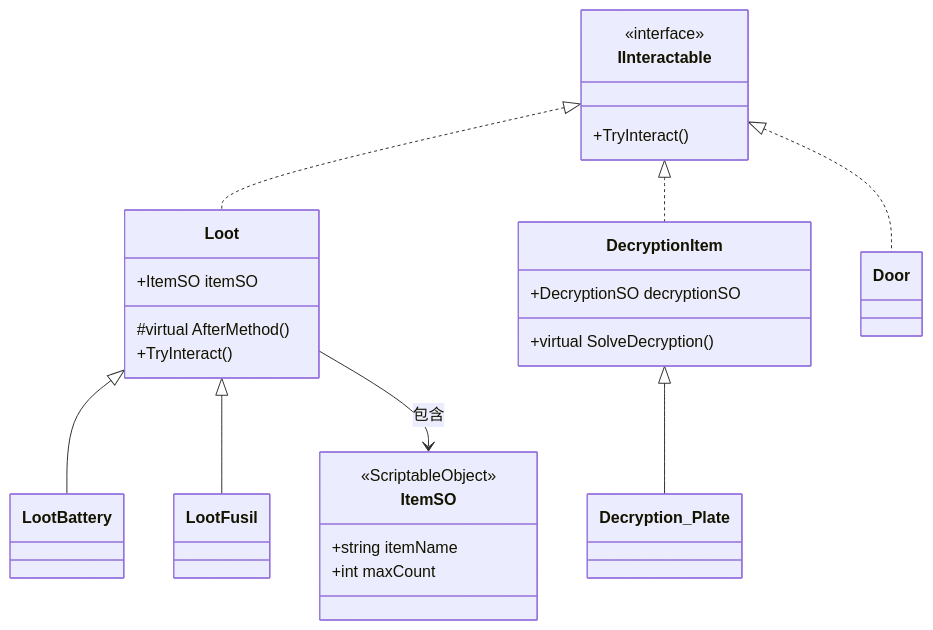
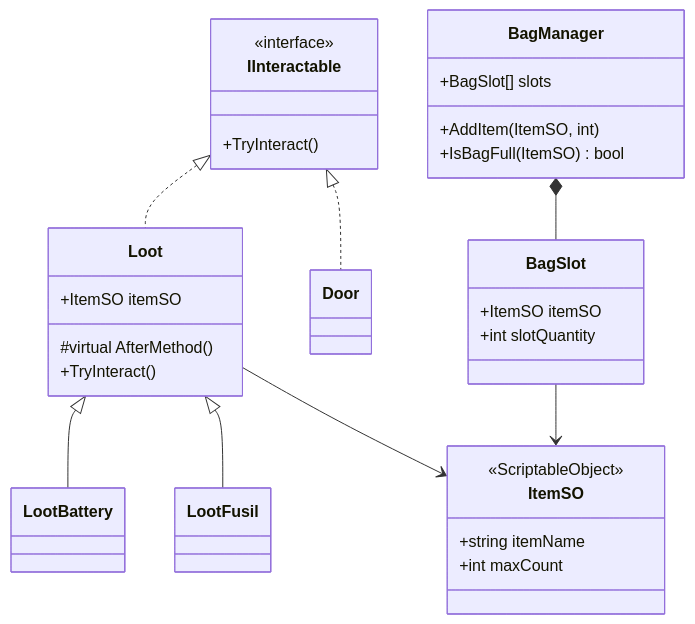
The fifth of 8 diagrams in Doc/Technology.md (banaijianxincai888/Project-Victim-Unity-HorrorGameCore), drawn with Mermaid before and after one commit. The commit also changed other lines of this file, not shown here.

````diff
--- a/Doc/Technology.md
+++ b/Doc/Technology.md
@@ -155,34 +167,36 @@
 ```mermaid
 classDiagram
     class IInteractable {
         <<interface>>
         +TryInteract()
     }
-
     class Loot {
         +ItemSO itemSO
         #virtual AfterMethod()
         +TryInteract()
     }
+    IInteractable <|.. Loot
+    IInteractable <|.. Door
     
-    class DecryptionItem {
-        +DecryptionSO decryptionSO
-        +virtual SolveDecryption()
-    }
-
-    IInteractable <|.. Loot
-    IInteractable <|.. DecryptionItem
-    IInteractable <|.. Door
-
     Loot <|-- LootBattery
     Loot <|-- LootFusil
 
-    DecryptionItem <|-- Decryption_Plate
-
+    class BagManager {
+        +BagSlot[] slots
+        +AddItem(ItemSO, int)
+        +IsBagFull(ItemSO) bool
+    }
+    class BagSlot {
+        +ItemSO itemSO
+        +int slotQuantity
+    }
     class ItemSO {
         <<ScriptableObject>>
         +string itemName
         +int maxCount
     }
-    Loot --> ItemSO : 包含
+
+    BagManager *-- BagSlot
+    BagSlot --> ItemSO
+    Loot --> ItemSO
 ```
````
